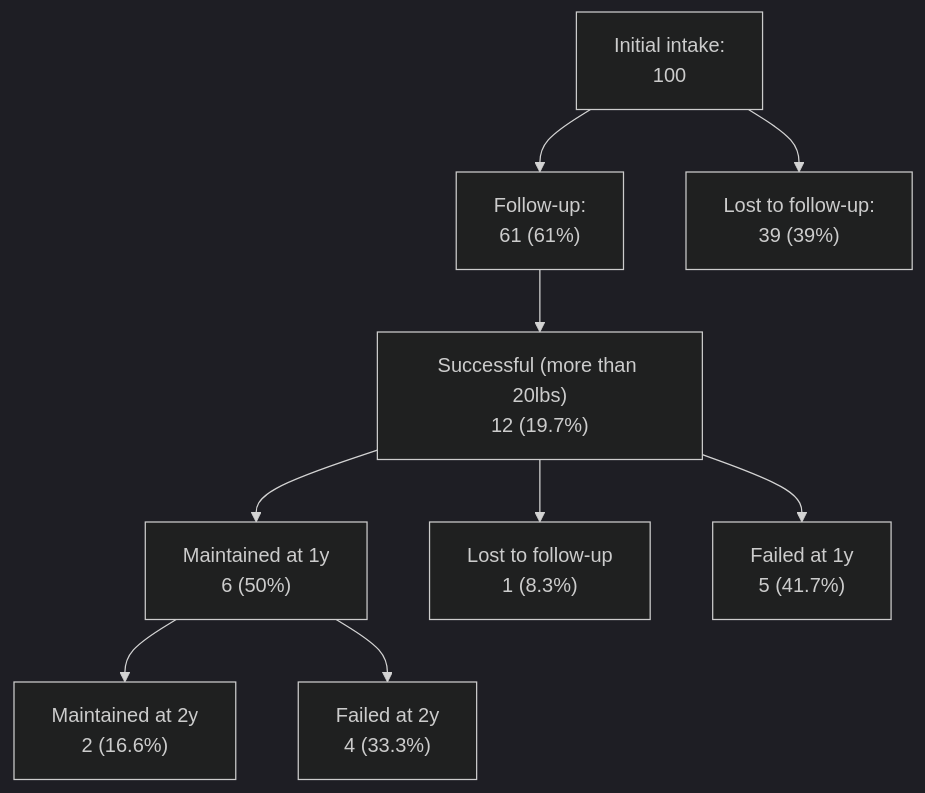
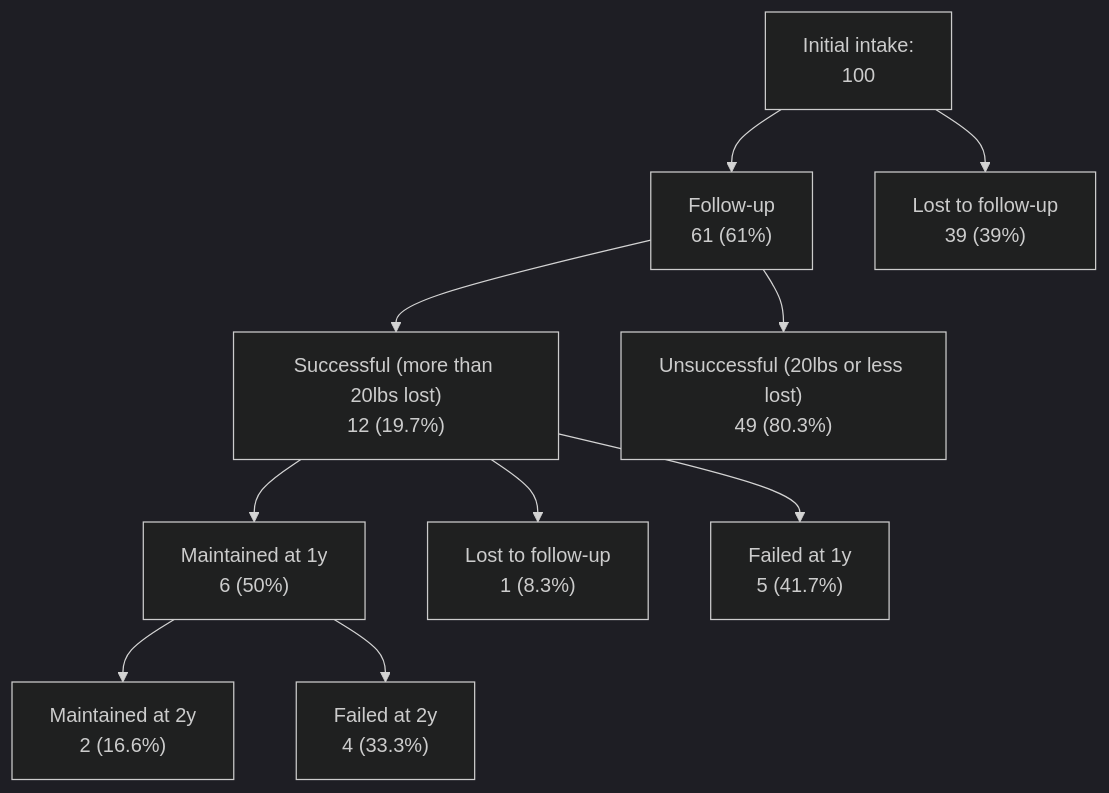
One commit to chrisvoncsefalvay/chrisvoncsefalvay.github.io changed the diagram in posts/95-percent-myth/index.qmd. Above: the diagram before and after it, drawn with Mermaid (dark theme).

Commit message:
95-percent-myth post - slight tweaks to the Mermaid chart Fig. 1.

````diff
--- a/posts/95-percent-myth/index.qmd
+++ b/posts/95-percent-myth/index.qmd
@@ -29,20 +29,21 @@
 ```{mermaid}
 %%| label: fig-flowchart
 %%| fig-cap: Patient flow of the SMH study. Numerators of percentages are noted in bold. Based on Table 2 of the SMH paper, except that I have broken out the maintenance group into two subgroups.
 %%| fig-align: center
 
 flowchart TD
-    I["Initial intake:<br>100"] --> J["Follow-up:<br>61 (61%)"]
-    I --> L["Lost to follow-up:<br>39 (39%)"]
-    J --> S["Successful (more than 20lbs)<br>12 (19.7%)"]
+    I["Initial intake:<br>100"] --> J["Follow-up<br>61 (61%)"]
+    I --> L["Lost to follow-up<br>39 (39%)"]
+    J --> S["Successful (more than 20lbs lost)<br>12 (19.7%)"]
+    J --> U["Unsuccessful (20lbs or less lost)<br>49 (80.3%)"]
     S1["Maintained at 1y<br>6 (50%)"]
     S2["Maintained at 2y<br>2 (16.6%)"]
     LFU1["Lost to follow-up<br>1 (8.3%)"]
     F1["Failed at 1y<br>5 (41.7%)"]
     F2["Failed at 2y<br>4 (33.3%)"]
     S --> S1
     S --> F1
     S --> LFU1
     S1 --> S2
     S1 --> F2
 ```
````
